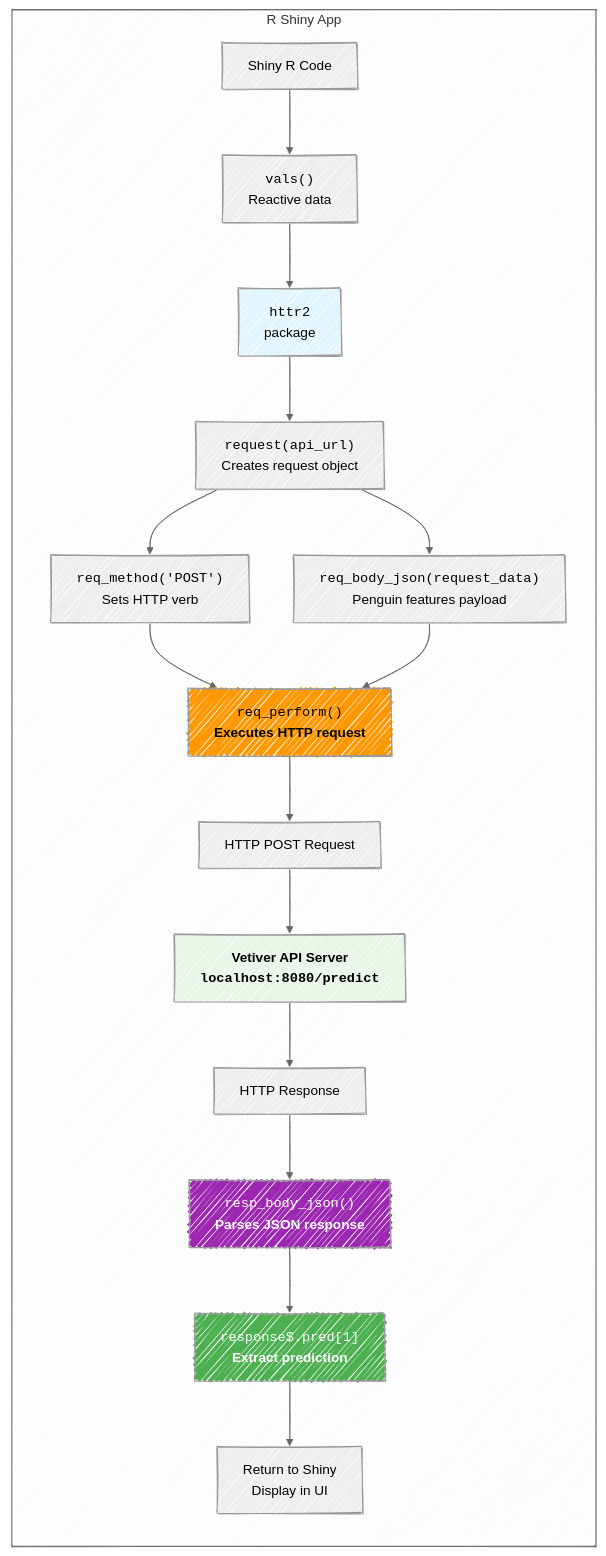
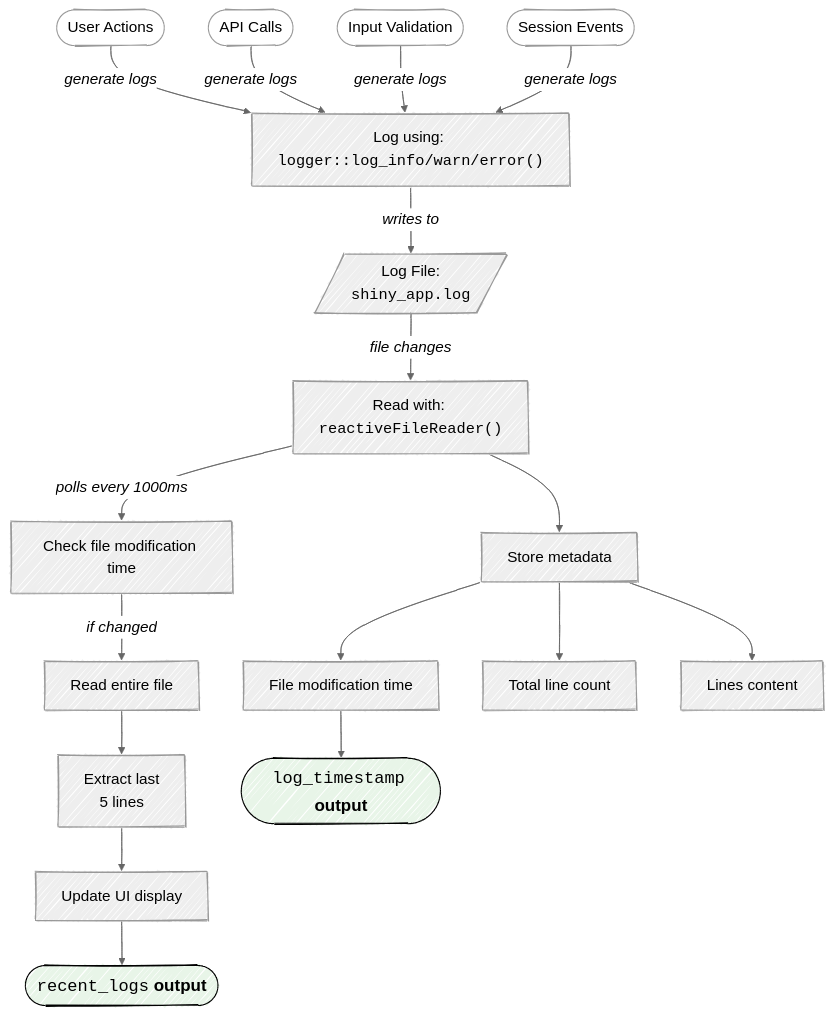
Before and after one commit to mjfrigaard/do4ds-labs: the second of 2 diagrams in app-log-r.qmd, drawn with Mermaid. The commit also changed other lines of this file and 13 other files, not shown here.

````diff
--- a/app-log-r.qmd
+++ b/app-log-r.qmd
@@ -27,26 +298,36 @@
 ```{mermaid}
-%%{init: {'theme': 'neutral', 'look': 'handDrawn', 'themeVariables': { 'fontFamily': 'monospace'}}}%%
+%%| fig-cap: 'Logging in Server'
+%%| fig-align: center
+%%{init: {'theme': 'neutral', 'look': 'handDrawn', 'themeVariables': { 'fontFamily': 'monospace', "fontSize":"18px"}}}%%
 
-graph LR
-	subgraph RApi["R Shiny App"]
-	A1["Shiny R Code"] --> A2["<code>vals()</code><br/>Reactive data"]
-	A2 --> B1["<code>httr2</code><br>package"]
-	B1 --> C1["<code>request(api_url)</code><br/>Creates request object"]
-	C1 --> D1["<code>req_method('POST')</code><br/>Sets HTTP verb"]
-	C1 --> G1["<code>req_body_json(request_data)</code><br/>Penguin features payload"]
-	D1 --> H0["<code>req_perform()</code><br><strong>Executes HTTP request</strong>"]
-	G1 --> H0
-	H0 --> H1["HTTP POST Request"]
-	H1 --> I1["<strong>Vetiver API Server<br><code>localhost:8080/predict</code></strong>"]
-	I1 --> J1["HTTP Response"]
-	J1 --> M1["<code>resp_body_json()</code><br><strong>Parses JSON response</strong>"]
-	M1 --> N1["<code>response$.pred[1]</code><br><strong>Extract prediction</strong>"]
-	N1 --> O1["Return to Shiny<br>Display in UI"]
-end
-
-style B1 fill:#e1f5fe
-style I1 fill:#e8f5e8,color:#000
-style H0 fill:#ff9800,color:#000
-style M1 fill:#9c27b0,color:#fff
-style N1 fill:#4caf50,color:#fff
+graph TD
+    A[/"Log File: <br><code>shiny_app.log</code>"/] -->|"<em>file changes</em>"| B["Read with: <br><code>reactiveFileReader()</code>"]
+    B -->|"<em>polls every 1000ms</em>"| C["Check file modification time"]
+    C -->|"<em>if changed</em>"| D["Read entire file"]
+    D --> E["Extract last<br>5 lines"]
+    E --> F["Update UI display"]
+    
+    G(["User Actions"]) -->|"<em>generate logs</em>"| H["Log using: <br><code>logger::log_info/warn/error()</code>"]
+    H -->|"<em>writes to</em>"| A
+    
+    I(["API Calls"]) -->|"<em>generate logs</em>"| H
+    J(["Input Validation"]) -->|"<em>generate logs</em>"| H
+    K(["Session Events"]) -->|"<em>generate logs</em>"| H
+    
+    B --> L["Store metadata"]
+    L --> M["File modification time"]
+    L --> N["Total line count"]
+    L --> O["Lines content"]
+    
+    F --> P(["<code>recent_logs</code> <strong>output</strong>"])
+    M --> Q(["<code>log_timestamp</code> <strong>output</strong>"])
+    
+    style G fill:#FFF,color:#000,rx:20,ry:20,font-size:18px
+    style I fill:#FFF,color:#000,rx:20,ry:20,font-size:18px
+    style J fill:#FFF,color:#000,rx:20,ry:20,font-size:18px
+    style K fill:#FFF,color:#000,rx:20,ry:20,font-size:18px
+    
+    style P fill:#e8f5e8,stroke:#000,color:#000,font-size:20px
+    style Q fill:#e8f5e8,stroke:#000,color:#000,font-size:20px
+    
 ```
````
